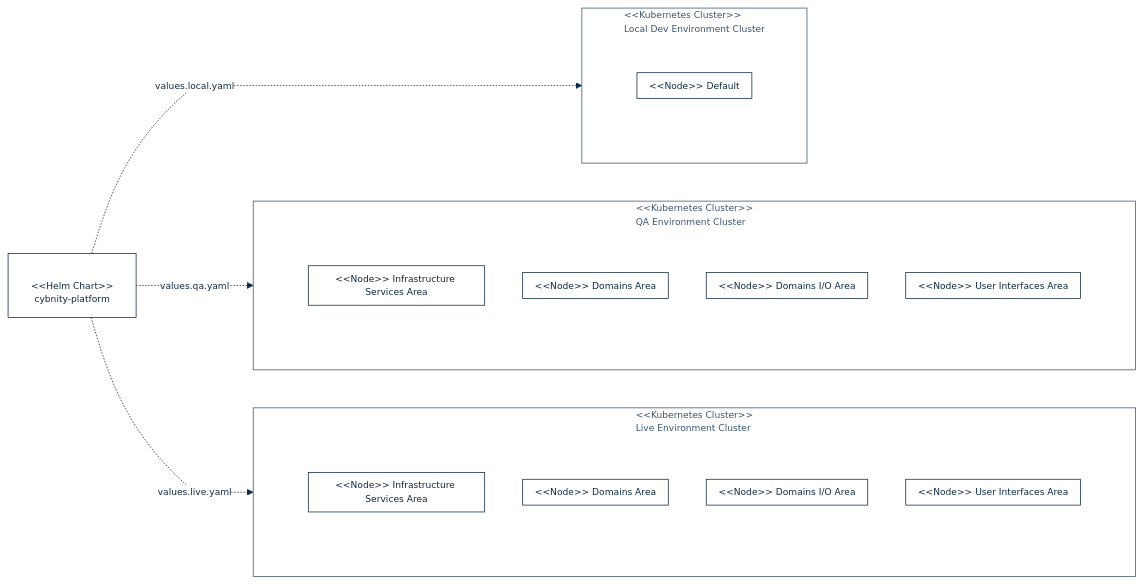
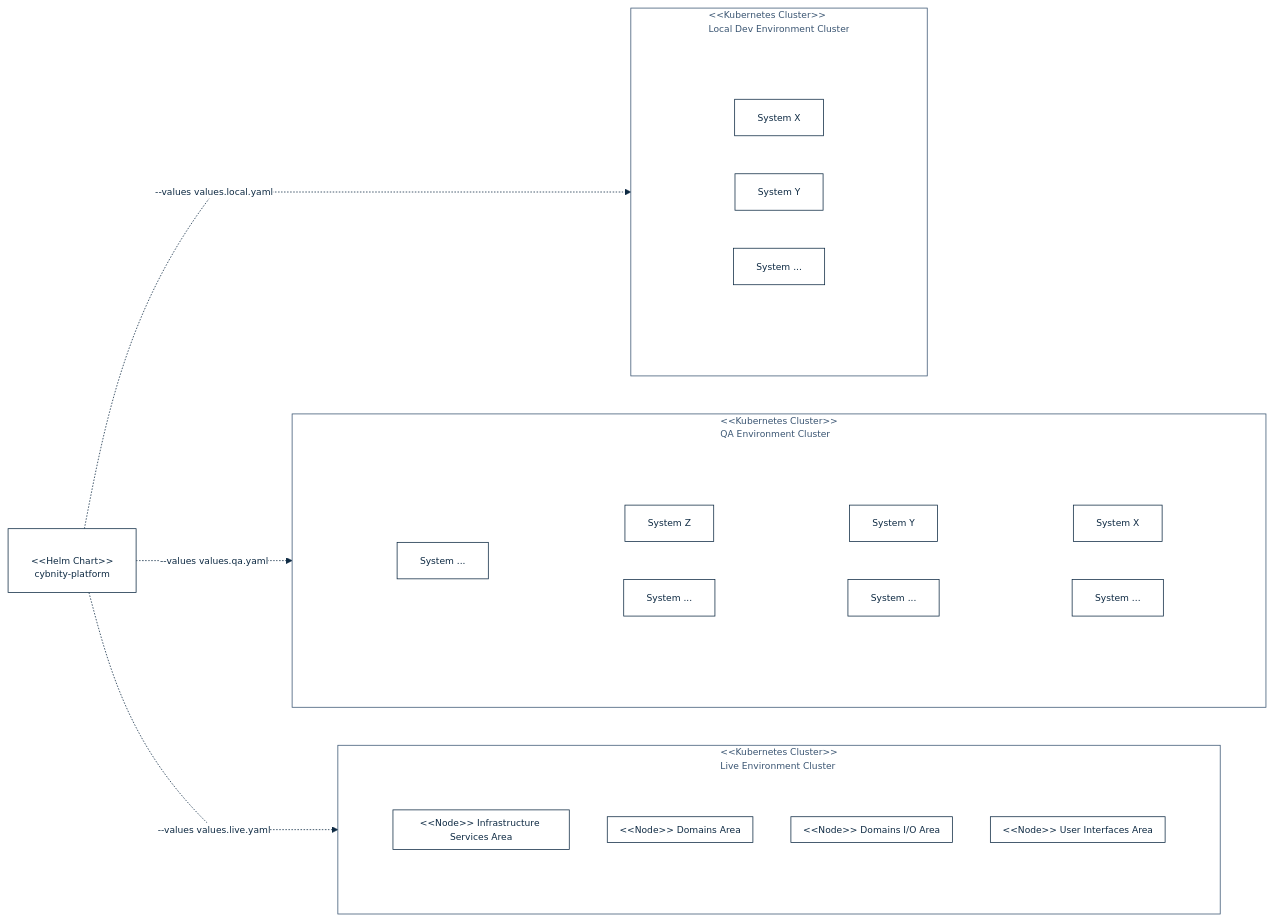
Before and after one commit to doneisgood/iac-helm-charts: the first of 2 diagrams in cybnity-platform/README.md, drawn with Mermaid.

```diff
--- a/cybnity-platform/README.md
+++ b/cybnity-platform/README.md
@@ -106,6 +106,9 @@
          direction TB
          subgraph ui1[" #60;#60;Node#62;#62; Default "]
                direction LR
+               systemx["System X"]
+               systemy["System Y"]
+               systemz["System ..."]
          end
       end
   end
@@ -115,15 +118,22 @@
          direction TB
          subgraph ui2[" #60;#60;Node#62;#62; User Interfaces Area "]
                direction LR
+               systemx2["System X"]
+               systemx2next["System ..."]
          end
          subgraph dio2[" #60;#60;Node#62;#62; Domains I/O Area"]
                direction LR
+               systemy2["System Y"]
+               systemy2next["System ..."]
          end
          subgraph da2[" #60;#60;Node#62;#62; Domains Area"]
                direction LR
+               systemz2["System Z"]
+               systemz2next["System ..."]
          end
          subgraph is2[" #60;#60;Node#62;#62; Infrastructure Services Area"]
                direction LR
+               systems2["System ..."]
          end
       end
   end
@@ -146,9 +156,9 @@
       end
   end
 
-  chart1 -. "values.local.yaml" .-> clusterlocal
-  chart1 -. "values.qa.yaml" .-> clusterqa
-  chart1 -. "values.live.yaml" .-> clusterprod
+  chart1 -. "--values values.local.yaml" .-> clusterlocal
+  chart1 -. "--values values.qa.yaml" .-> clusterqa
+  chart1 -. "--values values.live.yaml" .-> clusterprod
 
   classDef medium fill:#fff, stroke:#3a5572, color:#3a5572
   class clusterlocal,clusterqa,clusterprod medium;
```
